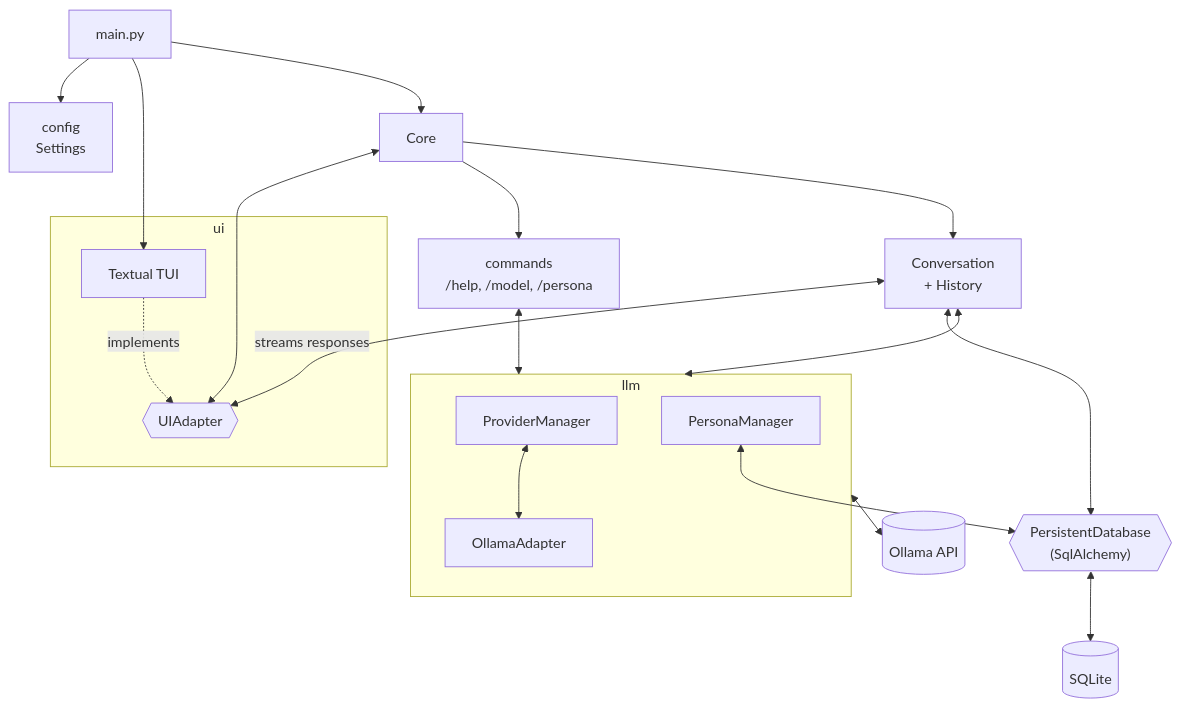
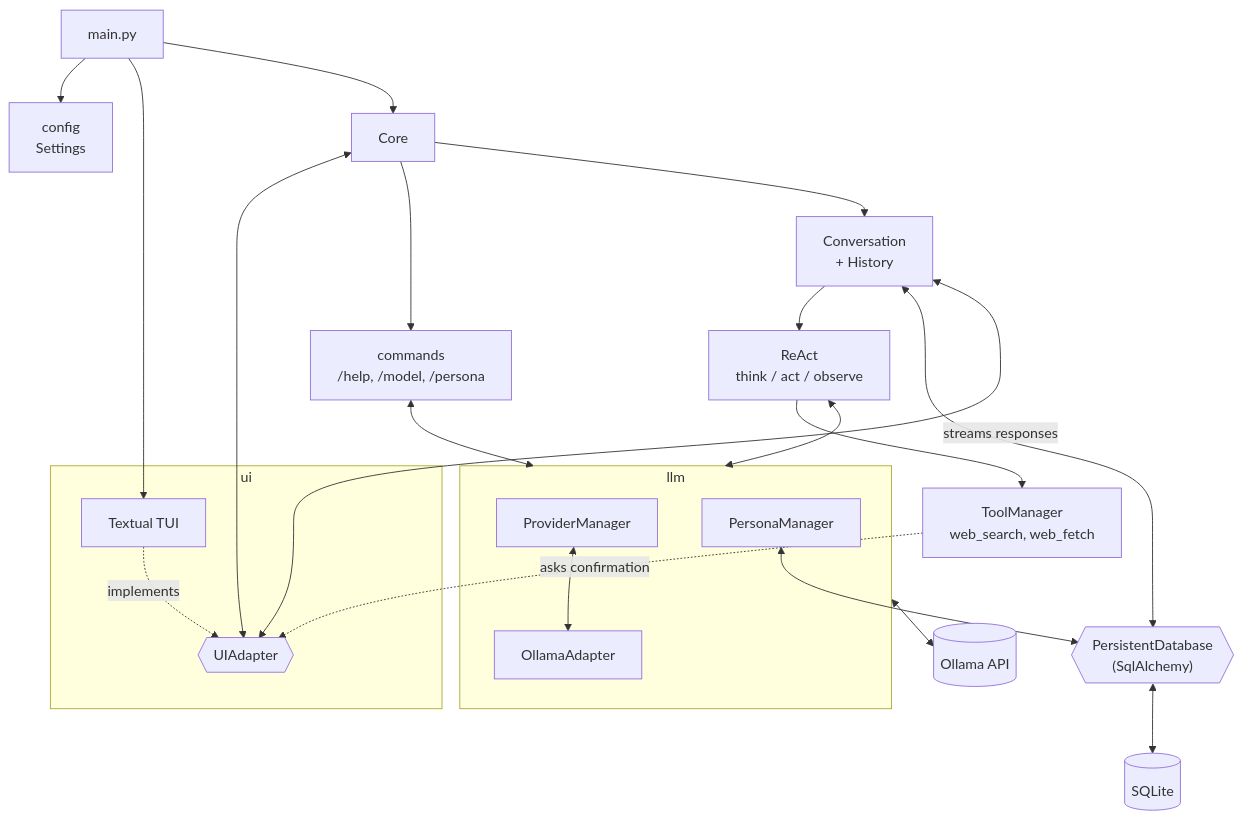
Before and after one commit to EstebanPeroz/Sensai: the diagram in docs/architecture/current_architecture.md, drawn with Mermaid. The commit also changed other lines of this file and 1 other file, not shown here.

Commit message:
docs(architecture): document the tool confirmation

````diff
--- a/docs/architecture/current_architecture.md
+++ b/docs/architecture/current_architecture.md
@@ -5,46 +3,51 @@
 ```mermaid
 flowchart TB
     MAIN["main.py"]
     CONFIG["config<br/>Settings"]
     CORE["Core"]
 
     subgraph UI["ui"]
         UIA{{"UIAdapter"}}
         TUI["Textual TUI"]
     end
 
     CMDS["commands<br/>/help, /model, /persona"]
     CONV["Conversation<br/>+ History"]
+    REACT["ReAct<br/>think / act / observe"]
+    TOOLS["ToolManager<br/>web_search, web_fetch"]
 
     subgraph LLM["llm"]
         PM["ProviderManager"]
         OLLAMA["OllamaAdapter"]
         PERSONA["PersonaManager"]
     end
 
     DB{{"PersistentDatabase<br/>(SqlAlchemy)"}}
 
     OLLAMAAPI[("Ollama API")]
     SQLITE[("SQLite")]
 
     MAIN --> CONFIG
     MAIN --> TUI
     MAIN --> CORE
 
     CORE <--> UIA
     CORE --> CMDS
     CORE --> CONV
 
     TUI -.->|implements| UIA
 
     CMDS <--> LLM
 
-    CONV <--> LLM
+    CONV --> REACT
+    REACT <--> LLM
+    REACT --> TOOLS
+    TOOLS -.->|asks confirmation| UIA
     CONV <--> DB
     CONV <-->|streams responses| UIA
 
     PM <--> OLLAMA
     LLM <--> OLLAMAAPI
     PERSONA <--> DB
     DB <--> SQLITE
 ```
````
